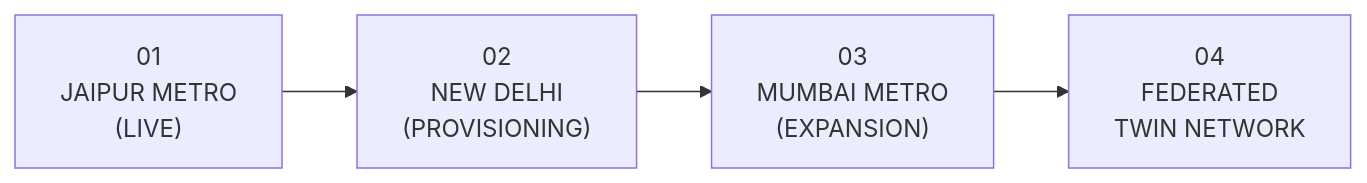
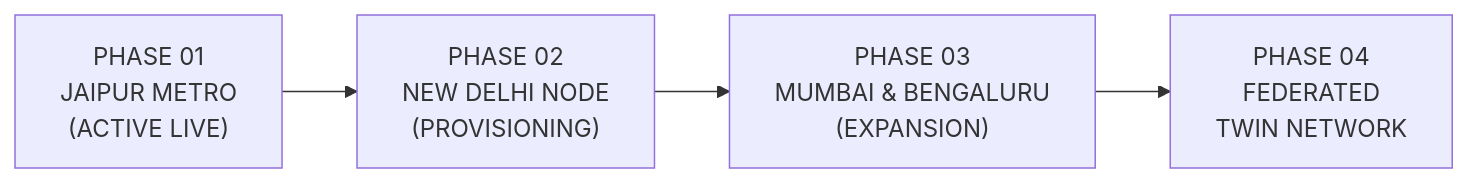
Before and after one commit to SIDDHARTHXMEUR/CIVICTWIN: the fifth of 5 diagrams in README.md, drawn with Mermaid. The commit also changed other lines of this file, not shown here.

Commit message:
docs: professionally polish README with comprehensive technical architecture and operational lifecycle documentation

````diff
--- a/README.md
+++ b/README.md
@@ -326,9 +420,9 @@
 ```mermaid
 flowchart LR 
-P1["01<br/>JAIPUR METRO<br/>(LIVE)"] 
-P2["02<br/>NEW DELHI<br/>(PROVISIONING)"] 
-P3["03<br/>MUMBAI METRO<br/>(EXPANSION)"] 
-P4["04<br/>FEDERATED<br/>TWIN NETWORK"] 
+    P1["PHASE 01<br/>JAIPUR METRO<br/>(ACTIVE LIVE)"] 
+    P2["PHASE 02<br/>NEW DELHI NODE<br/>(PROVISIONING)"] 
+    P3["PHASE 03<br/>MUMBAI & BENGALURU<br/>(EXPANSION)"] 
+    P4["PHASE 04<br/>FEDERATED<br/>TWIN NETWORK"] 
 
-P1 --> P2 --> P3 --> P4
+    P1 --> P2 --> P3 --> P4
 ```
````
